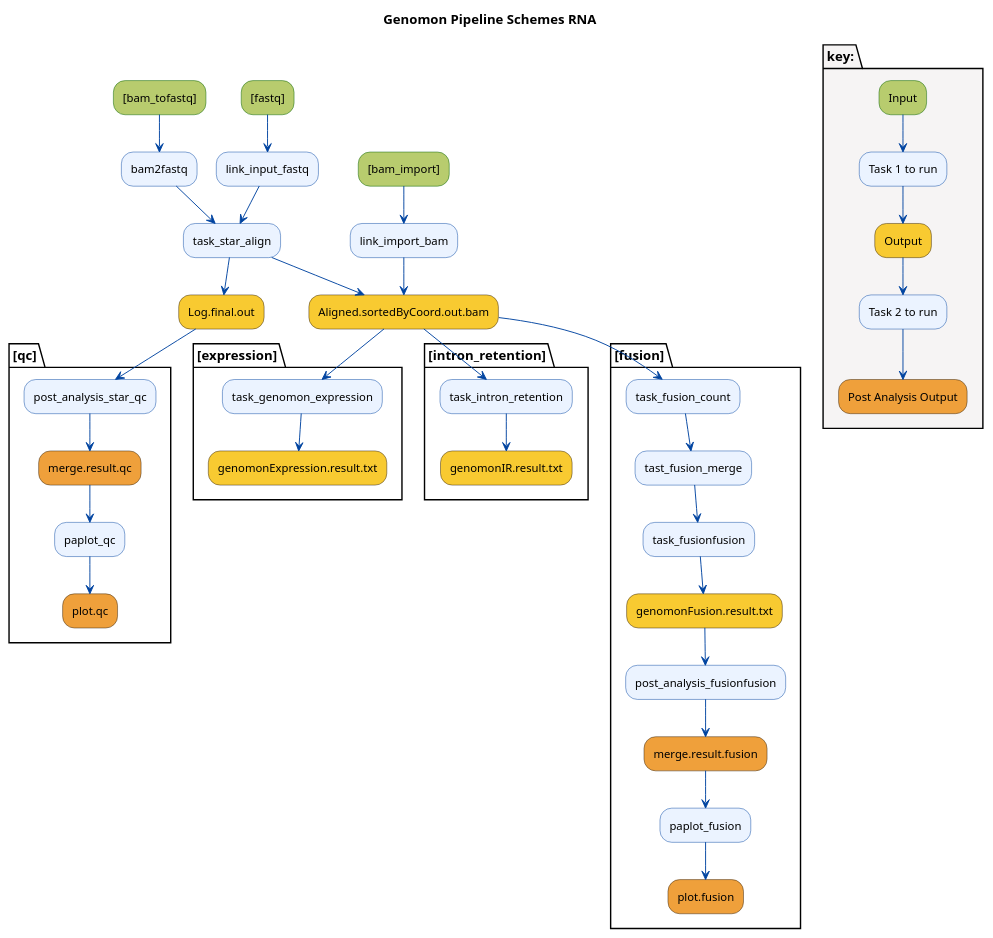
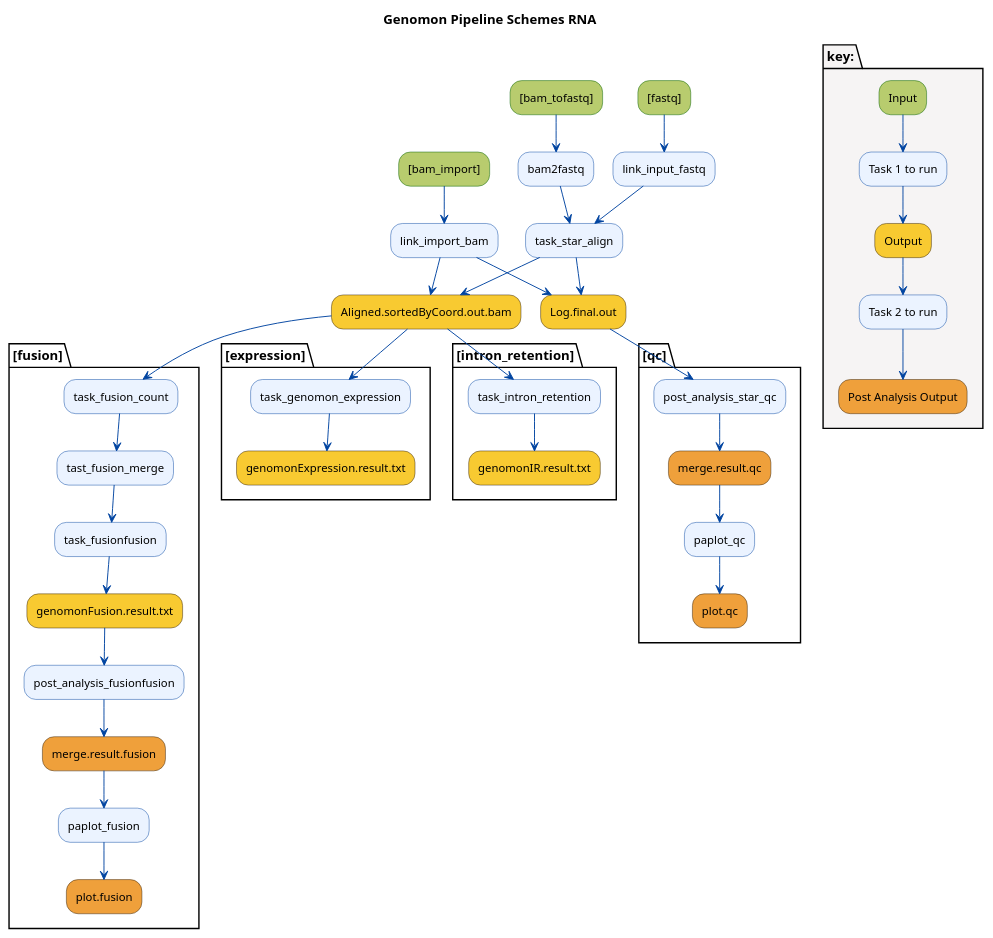
The diagram in dot/genomon_rna.plantuml (Genomon-Project/genomon-docs), drawn with PlantUML before and after one commit. The commit also changed 5 other files, not shown here.

```diff
--- a/dot/genomon_rna.plantuml
+++ b/dot/genomon_rna.plantuml
@@ -1,73 +1,74 @@
 @startuml
 title Genomon Pipeline Schemes RNA
 skinparam Shadowing false
 
 skinparam activity {
   ArrowColor #0044A0
   BackgroundColor #EBF3FF
   BackgroundColor<<input>> #B8CC6E
   BackgroundColor<<output>> #F8CA31
   BackgroundColor<<result>> #EFA03B
   
   BorderColor #0044A0
   BorderColor<<input>> #006000
   BorderColor<<output>> #33220D
   BorderColor<<result>> #33220D
   
 '  FontName helvetica
 '  FontSize 12
 }
 
 "[bam_tofastq]"<<input>> --> bam2fastq
 "[fastq]"<<input>> --> link_input_fastq
 "[bam_import]"<<input>> --> link_import_bam
 
 bam2fastq --> task_star_align
 link_input_fastq --> task_star_align
 
 task_star_align --> "Aligned.sortedByCoord.out.bam"<<output>>
 task_star_align --> "Log.final.out"<<output>>
 link_import_bam --> "Aligned.sortedByCoord.out.bam"<<output>>
+link_import_bam --> "Log.final.out"<<output>>
 
 partition "[fusion]" {
   "Aligned.sortedByCoord.out.bam" --> task_fusion_count
   --> tast_fusion_merge
   --> task_fusionfusion
   --> "genomonFusion.result.txt"<<output>>
   --> post_analysis_fusionfusion
   --> "merge.result.fusion"<<result>>
   --> paplot_fusion
   --> "plot.fusion"<<result>>
 }
 
 partition "[expression]" {
   "Aligned.sortedByCoord.out.bam" --> task_genomon_expression
   --> "genomonExpression.result.txt"<<output>>
 }
 
 partition "[intron_retention]" {
   "Aligned.sortedByCoord.out.bam" --> task_intron_retention
   --> "genomonIR.result.txt"<<output>>
 }
 
 partition "[qc]" {
   "Log.final.out" --> post_analysis_star_qc
   --> "merge.result.qc"<<result>>
   --> paplot_qc
   --> "plot.qc"<<result>>
 }
 
 partition "key:" #F6F4F4 {
   Input<<input>> --> "Task 1 to run"
   --> Output<<output>>
   --> "Task 2 to run"
   --> "Post Analysis Output"<<result>>
 }
 
 /'
 (1) 編集したら、Ctrl+A -> Ctrl+C したのち、このページに張り付けましょう
   http://www.plantuml.com/plantuml/
 
 (2) [Submit] ボタンを押して、できた画像を保存します
 '/
 @enduml
```
